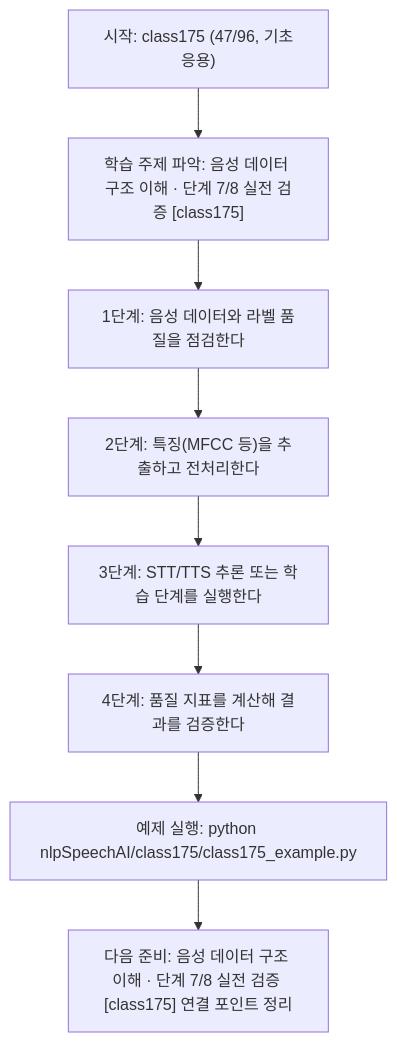
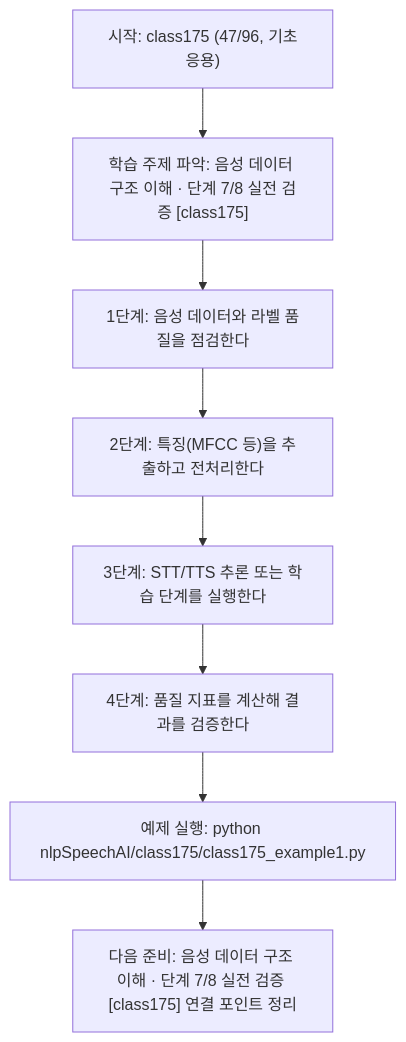
One commit to edumgt/Python-AI_Agent-Class changed the diagram in nlpSpeechAI/class175/class175.md. Above: the diagram before and after it, drawn with Mermaid. The commit also changed other lines of this file and 2959 other files, not shown here.

````diff
--- a/nlpSpeechAI/class175/class175.md
+++ b/nlpSpeechAI/class175/class175.md
@@ -115,18 +115,18 @@
 ```mermaid
 flowchart TD
 N1["시작: class175 (47/96, 기초응용)"]
 N2["학습 주제 파악: 음성 데이터 구조 이해 · 단계 7/8 실전 검증 [class175]"]
 N3["1단계: 음성 데이터와 라벨 품질을 점검한다"]
 N4["2단계: 특징(MFCC 등)을 추출하고 전처리한다"]
 N5["3단계: STT/TTS 추론 또는 학습 단계를 실행한다"]
 N6["4단계: 품질 지표를 계산해 결과를 검증한다"]
-N7["예제 실행: python nlpSpeechAI/class175/class175_example.py"]
+N7["예제 실행: python nlpSpeechAI/class175/class175_example1.py"]
 N8["다음 준비: 음성 데이터 구조 이해 · 단계 7/8 실전 검증 [class175] 연결 포인트 정리"]
 N1 --> N2
 N2 --> N3
 N3 --> N4
 N4 --> N5
 N5 --> N6
 N6 --> N7
 N7 --> N8
 ```
````
